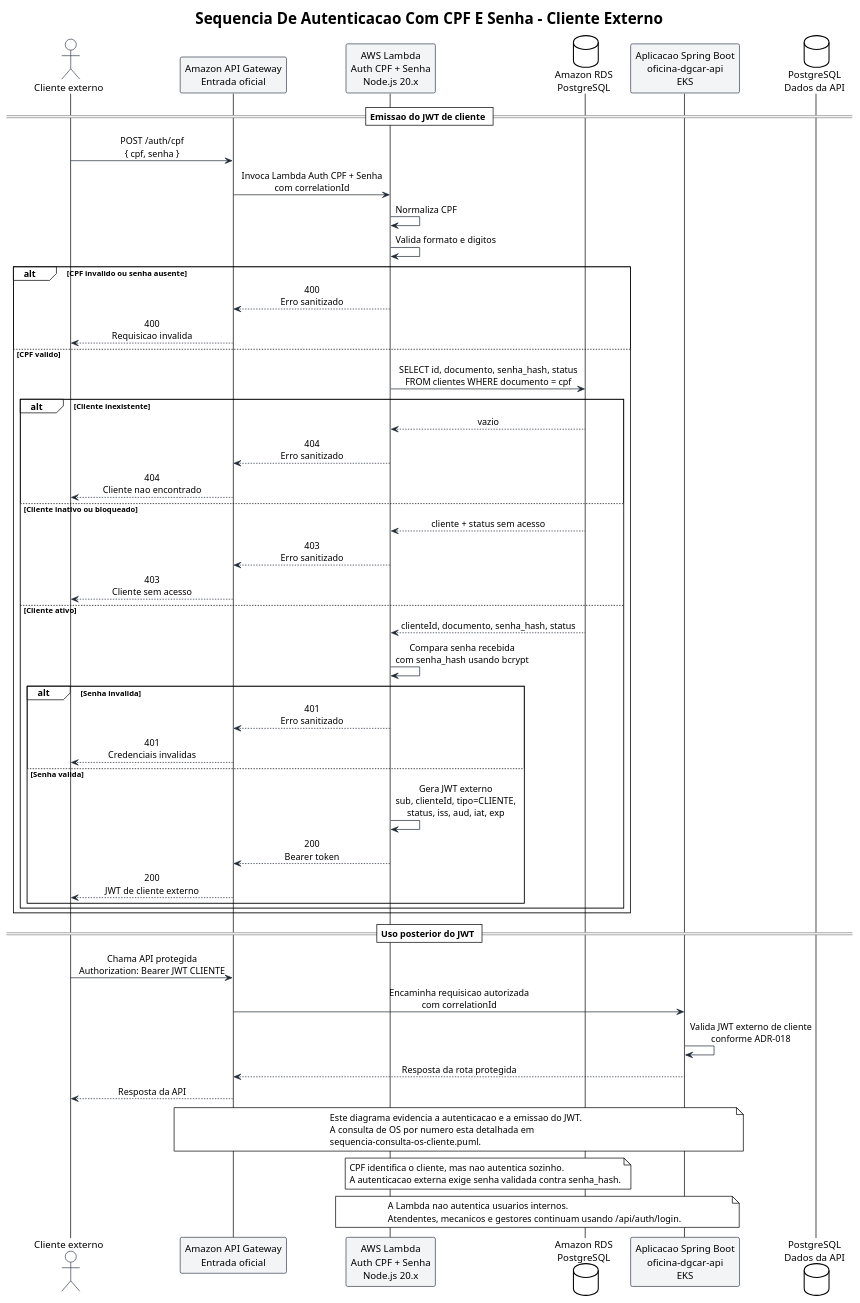
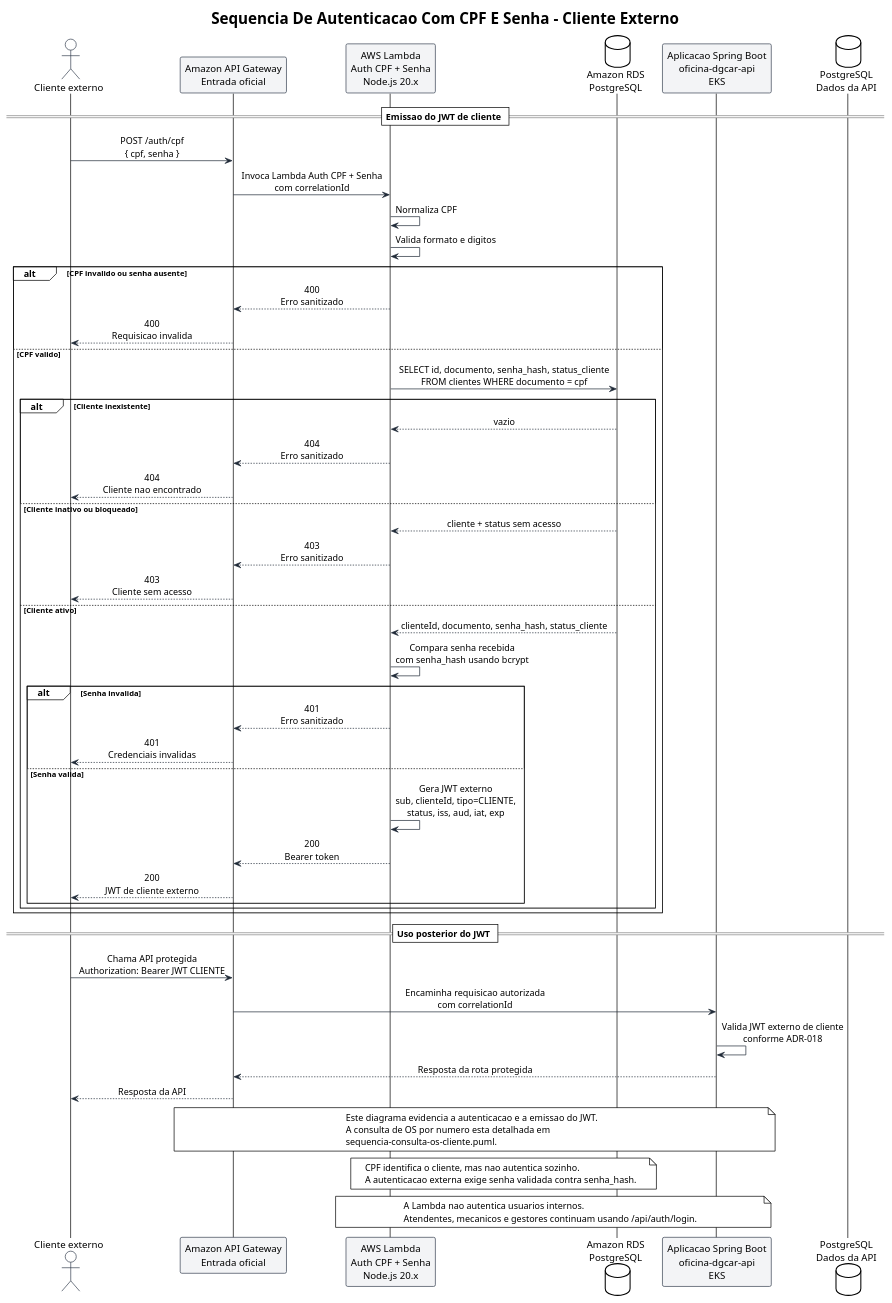
The diagram in docs/arquitetura/auth-cpf-sequence.puml (techdgconsulting/oficina-dgcar-docs), drawn with PlantUML before and after one commit. The commit also changed 66 other files, not shown here.

```diff
--- a/docs/arquitetura/auth-cpf-sequence.puml
+++ b/docs/arquitetura/auth-cpf-sequence.puml
@@ -1,79 +1,79 @@
 @startuml auth-cpf-sequence
 !theme plain
 skinparam backgroundColor #FFFFFF
 skinparam shadowing false
 skinparam sequenceMessageAlign center
 skinparam ArrowColor #1F2937
 skinparam ParticipantBorderColor #374151
 skinparam ParticipantBackgroundColor #F3F4F6
 skinparam ActorBorderColor #374151
 skinparam ActorBackgroundColor #FFFFFF
 
 title Sequencia De Autenticacao Com CPF E Senha - Cliente Externo
 
 actor "Cliente externo" as Cliente
 participant "Amazon API Gateway\nEntrada oficial" as Gateway
 participant "AWS Lambda\nAuth CPF + Senha\nNode.js 20.x" as Lambda
 database "Amazon RDS\nPostgreSQL" as RDS
 participant "Aplicacao Spring Boot\noficina-dgcar-api\nEKS" as API
 database "PostgreSQL\nDados da API" as DB
 
 == Emissao do JWT de cliente ==
 
 Cliente -> Gateway: POST /auth/cpf\n{ cpf, senha }
 Gateway -> Lambda: Invoca Lambda Auth CPF + Senha\ncom correlationId
 Lambda -> Lambda: Normaliza CPF
 Lambda -> Lambda: Valida formato e digitos
 
 alt CPF invalido ou senha ausente
     Lambda --> Gateway: 400\nErro sanitizado
     Gateway --> Cliente: 400\nRequisicao invalida
 else CPF valido
-    Lambda -> RDS: SELECT id, documento, senha_hash, status\nFROM clientes WHERE documento = cpf
+    Lambda -> RDS: SELECT id, documento, senha_hash, status_cliente\nFROM clientes WHERE documento = cpf
     alt Cliente inexistente
         RDS --> Lambda: vazio
         Lambda --> Gateway: 404\nErro sanitizado
         Gateway --> Cliente: 404\nCliente nao encontrado
     else Cliente inativo ou bloqueado
         RDS --> Lambda: cliente + status sem acesso
         Lambda --> Gateway: 403\nErro sanitizado
         Gateway --> Cliente: 403\nCliente sem acesso
     else Cliente ativo
-        RDS --> Lambda: clienteId, documento, senha_hash, status
+        RDS --> Lambda: clienteId, documento, senha_hash, status_cliente
         Lambda -> Lambda: Compara senha recebida\ncom senha_hash usando bcrypt
         alt Senha invalida
             Lambda --> Gateway: 401\nErro sanitizado
             Gateway --> Cliente: 401\nCredenciais invalidas
         else Senha valida
             Lambda -> Lambda: Gera JWT externo\nsub, clienteId, tipo=CLIENTE,\nstatus, iss, aud, iat, exp
             Lambda --> Gateway: 200\nBearer token
             Gateway --> Cliente: 200\nJWT de cliente externo
         end
     end
 end
 
 == Uso posterior do JWT ==
 
 Cliente -> Gateway: Chama API protegida\nAuthorization: Bearer JWT CLIENTE
 Gateway -> API: Encaminha requisicao autorizada\ncom correlationId
 API -> API: Valida JWT externo de cliente\nconforme ADR-018
 API --> Gateway: Resposta da rota protegida
 Gateway --> Cliente: Resposta da API
 
 note over Gateway,API
   Este diagrama evidencia a autenticacao e a emissao do JWT.
   A consulta de OS por numero esta detalhada em
   sequencia-consulta-os-cliente.puml.
 end note
 
 note over Lambda,RDS
   CPF identifica o cliente, mas nao autentica sozinho.
   A autenticacao externa exige senha validada contra senha_hash.
 end note
 
 note over Lambda,API
   A Lambda nao autentica usuarios internos.
   Atendentes, mecanicos e gestores continuam usando /api/auth/login.
 end note
 
 @enduml
```
